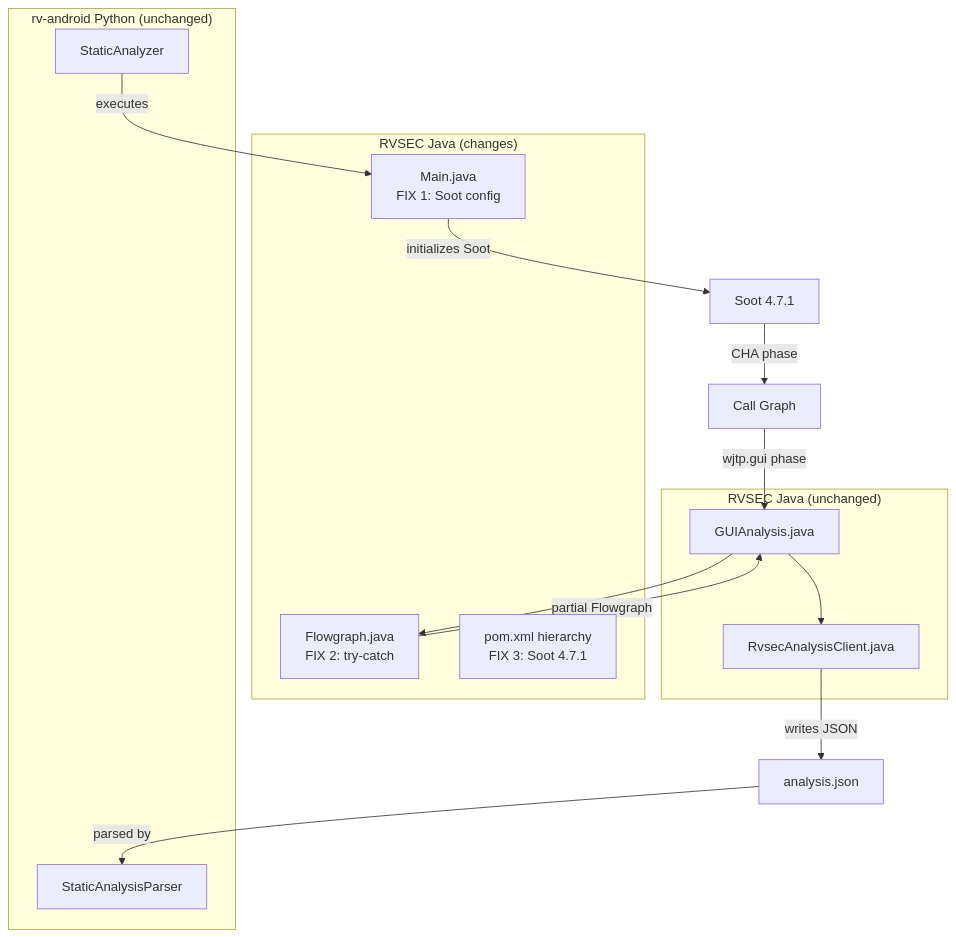
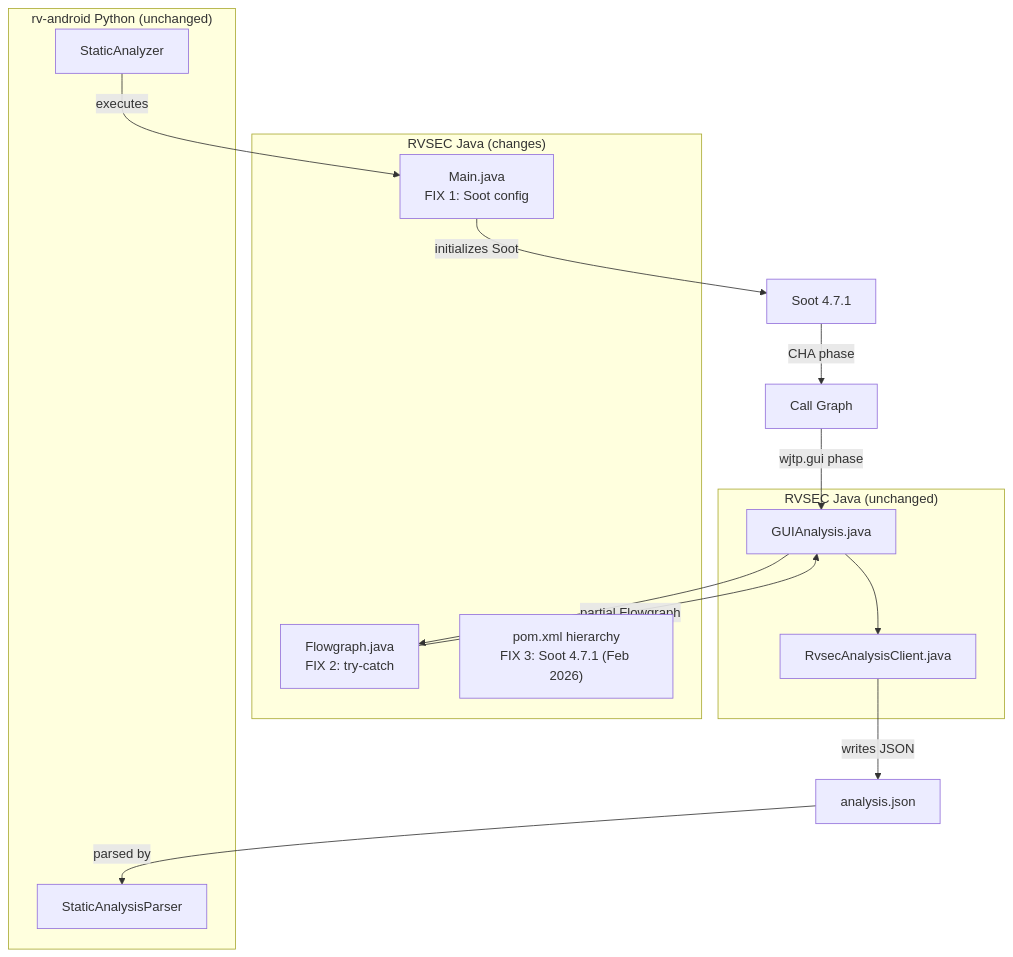
One commit to PAMunb/rvsec changed the diagram in rv-android/openspec/changes/gh51-gator-soot-upgrade/design.md. Above: the diagram before and after it, drawn with Mermaid. The commit also changed other lines of this file and 3 other files, not shown here.

````diff
--- a/rv-android/openspec/changes/gh51-gator-soot-upgrade/design.md
+++ b/rv-android/openspec/changes/gh51-gator-soot-upgrade/design.md
@@ -13,28 +13,28 @@
 ```mermaid
 flowchart TB
     subgraph "RVSEC Java (changes)"
         MAIN["Main.java<br/>FIX 1: Soot config"]
         FG["Flowgraph.java<br/>FIX 2: try-catch"]
-        POM["pom.xml hierarchy<br/>FIX 3: Soot 4.7.1"]
+        POM["pom.xml hierarchy<br/>FIX 3: Soot 4.7.1 (Feb 2026)"]
     end
 
     subgraph "RVSEC Java (unchanged)"
         RC["RvsecAnalysisClient.java"]
         GA["GUIAnalysis.java"]
     end
 
     subgraph "rv-android Python (unchanged)"
         SA["StaticAnalyzer"]
         SAP["StaticAnalysisParser"]
     end
 
     SA -->|"executes"| MAIN
     MAIN -->|"initializes Soot"| SOOT["Soot 4.7.1"]
     SOOT -->|"CHA phase"| CG["Call Graph"]
     CG -->|"wjtp.gui phase"| GA
     GA --> FG
     FG -->|"partial Flowgraph"| GA
     GA --> RC
     RC -->|"writes JSON"| JSON["analysis.json"]
     JSON -->|"parsed by"| SAP
 ```
````
